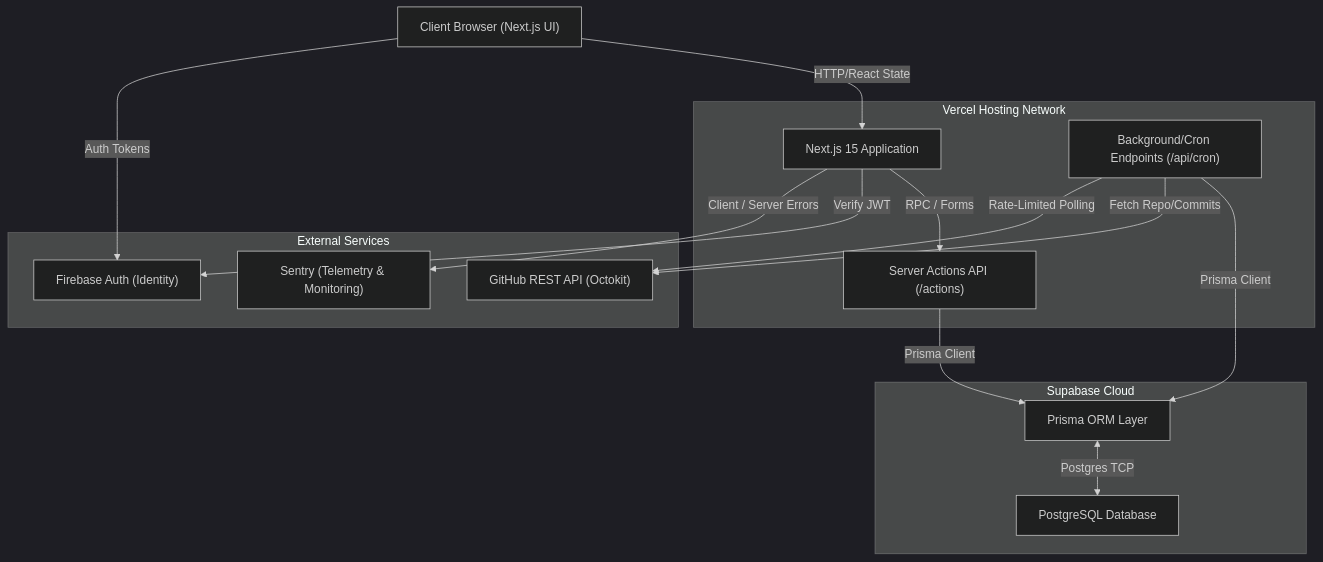
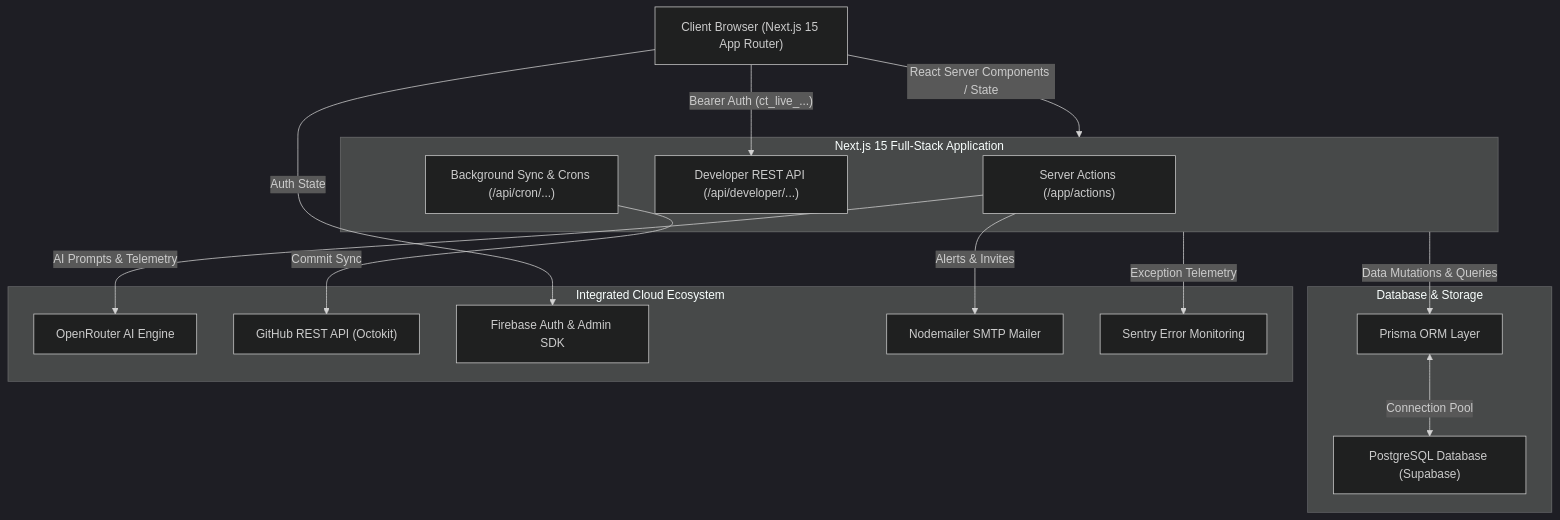
The diagram in README.md (Khushi1310-nayak/ContriTrack), drawn with Mermaid (dark theme) before and after one commit. The commit also changed other lines of this file, not shown here.

Commit message:
docs(readme): update system architecture, developer REST API reference, and academic hubs documentation

````diff
--- a/README.md
+++ b/README.md
@@ -45,36 +49,35 @@
 ```mermaid
 graph TD
-    Client["Client Browser (Next.js UI)"]
+    Client["Client Browser (Next.js 15 App Router)"]
 
-    subgraph Vercel ["Vercel Hosting Network"]
-        NextApp["Next.js 15 Application"]
-        ServerActions["Server Actions API (/actions)"]
-        Cron["Background/Cron Endpoints (/api/cron)"]
+    subgraph AppServer ["Next.js 15 Full-Stack Application"]
+        ServerActions["Server Actions (/app/actions)"]
+        RestAPI["Developer REST API (/api/developer/...)"]
+        CronWorkers["Background Sync & Crons (/api/cron/...)"]
     end
 
-    subgraph Supabase ["Supabase Cloud"]
+    subgraph DatabaseLayer ["Database & Storage"]
         Prisma["Prisma ORM Layer"]
-        DB["PostgreSQL Database"]
+        Postgres["PostgreSQL Database (Supabase)"]
     end
     
-    subgraph External ["External Services"]
+    subgraph ExternalServices ["Integrated Cloud Ecosystem"]
+        OpenRouter["OpenRouter AI Engine"]
         GitHub["GitHub REST API (Octokit)"]
-        FirebaseAuth["Firebase Auth (Identity)"]
-        Sentry["Sentry (Telemetry & Monitoring)"]
+        FirebaseAuth["Firebase Auth & Admin SDK"]
+        SMTP["Nodemailer SMTP Mailer"]
+        Sentry["Sentry Error Monitoring"]
     end
 
-    Client -- "HTTP/React State" --> NextApp
-    Client -- "Auth Tokens" --> FirebaseAuth
+    Client -- "React Server Components / State" --> AppServer
+    Client -- "Bearer Auth (ct_live_...)" --> RestAPI
+    Client -- "Auth State" --> FirebaseAuth
     
-    NextApp -- "RPC / Forms" --> ServerActions
-    NextApp -- "Verify JWT" --> FirebaseAuth
-    NextApp -- "Client / Server Errors" --> Sentry
+    AppServer -- "Data Mutations & Queries" --> Prisma
+    Prisma <-->|"Connection Pool"| Postgres
     
-    ServerActions -- "Prisma Client" --> Prisma
-    Cron -- "Prisma Client" --> Prisma
-    
-    Cron -- "Fetch Repo/Commits" --> GitHub
-    Cron -- "Rate-Limited Polling" --> GitHub
-    
-    Prisma <-->|"Postgres TCP"| DB
+    ServerActions -- "AI Prompts & Telemetry" --> OpenRouter
+    CronWorkers -- "Commit Sync" --> GitHub
+    ServerActions -- "Alerts & Invites" --> SMTP
+    AppServer -- "Exception Telemetry" --> Sentry
 ```
````
